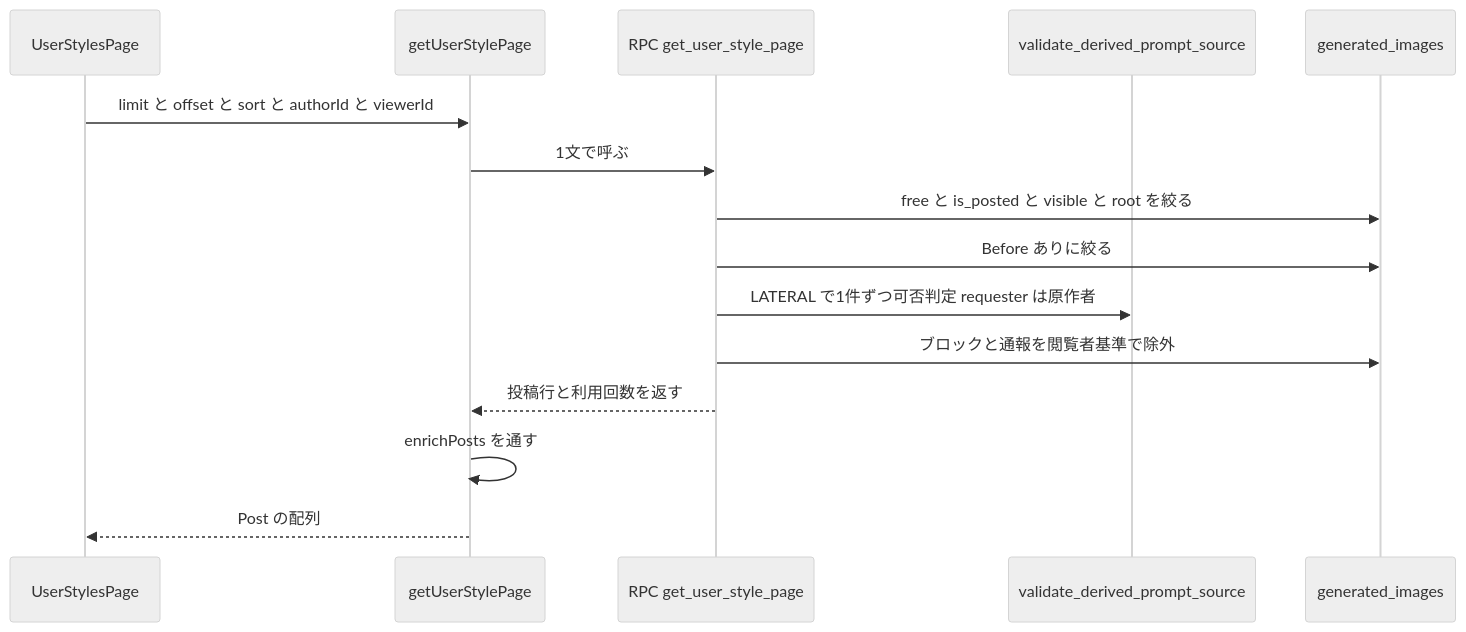
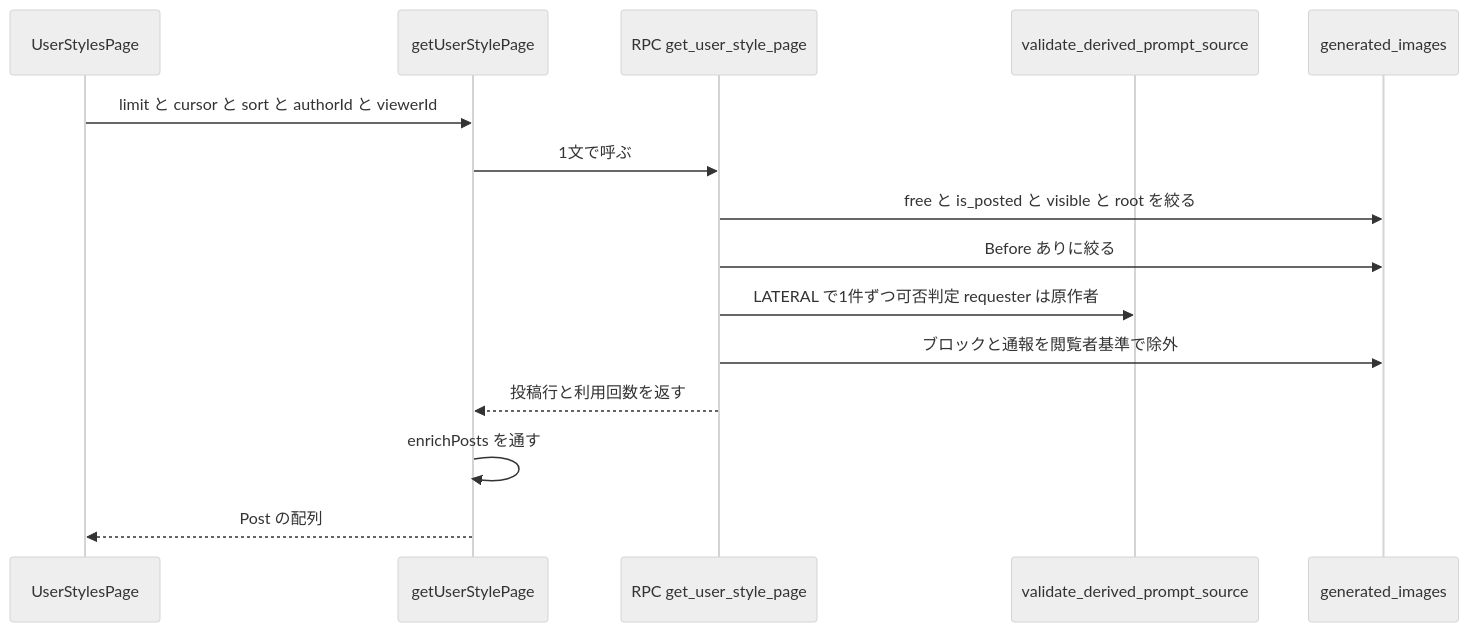
One commit to 3balljugglerYu/ai_coordinate changed the second of 5 diagrams in docs/planning/user-original-styles-implementation-plan.md. Above: the diagram before and after it, drawn with Mermaid (neutral theme). The commit also changed other lines of this file, not shown here.

````diff
--- a/docs/planning/user-original-styles-implementation-plan.md
+++ b/docs/planning/user-original-styles-implementation-plan.md
@@ -181,17 +181,17 @@
 ```mermaid
 sequenceDiagram
     participant P as UserStylesPage
     participant L as getUserStylePage
     participant R as RPC get_user_style_page
     participant V as validate_derived_prompt_source
     participant DB as generated_images
-    P->>L: limit と offset と sort と authorId と viewerId
+    P->>L: limit と cursor と sort と authorId と viewerId
     L->>R: 1文で呼ぶ
     R->>DB: free と is_posted と visible と root を絞る
     R->>DB: Before ありに絞る
     R->>V: LATERAL で1件ずつ可否判定 requester は原作者
     R->>DB: ブロックと通報を閲覧者基準で除外
     R-->>L: 投稿行と利用回数を返す
     L->>L: enrichPosts を通す
     L-->>P: Post の配列
 ```
````
